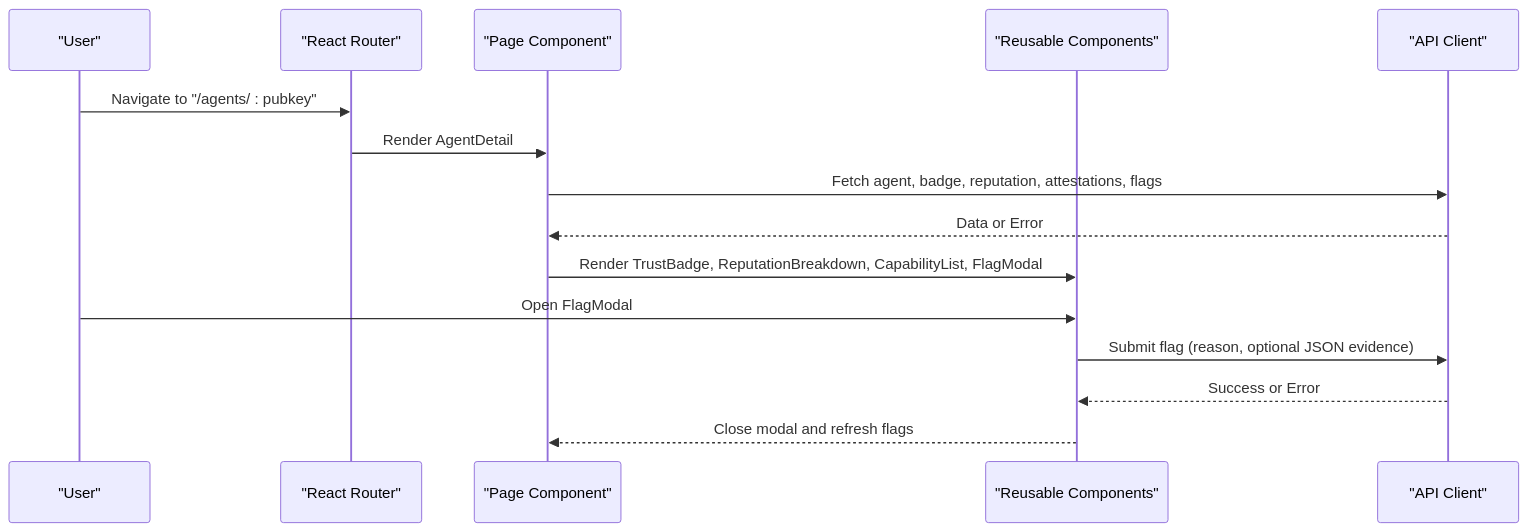
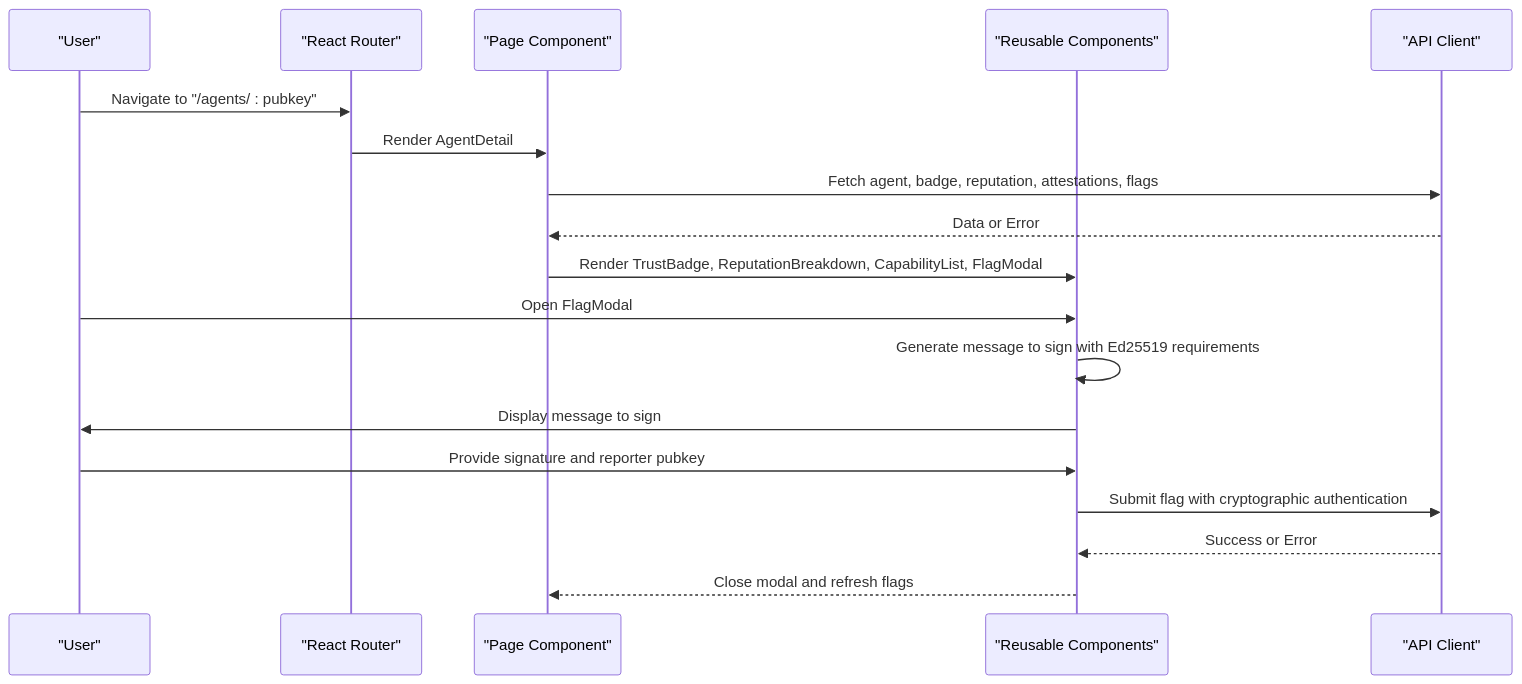
One commit to RunTimeAdmin/AgentID changed the second of 7 diagrams in .qoder/repowiki/en/content/Frontend Application/Frontend Application.md. Above: the diagram before and after it, drawn with Mermaid. The commit also changed other lines of this file and 17 other files, not shown here.

````diff
--- a/.qoder/repowiki/en/content/Frontend Application/Frontend Application.md
+++ b/.qoder/repowiki/en/content/Frontend Application/Frontend Application.md
@@ -137,17 +139,20 @@
 ```mermaid
 sequenceDiagram
 participant U as "User"
 participant R as "React Router"
 participant P as "Page Component"
 participant C as "Reusable Components"
 participant A as "API Client"
 U->>R : Navigate to "/agents/ : pubkey"
 R->>P : Render AgentDetail
 P->>A : Fetch agent, badge, reputation, attestations, flags
 A-->>P : Data or Error
 P->>C : Render TrustBadge, ReputationBreakdown, CapabilityList, FlagModal
 U->>C : Open FlagModal
-C->>A : Submit flag (reason, optional JSON evidence)
+C->>C : Generate message to sign with Ed25519 requirements
+C->>U : Display message to sign
+U->>C : Provide signature and reporter pubkey
+C->>A : Submit flag with cryptographic authentication
 A-->>C : Success or Error
 C-->>P : Close modal and refresh flags
 ```
````
